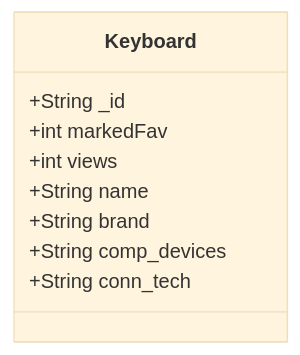
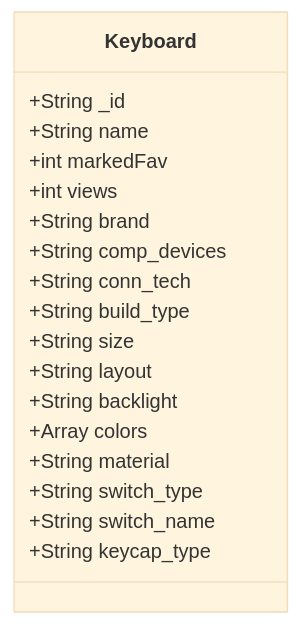
One commit to Vlastrix/keytastic_backend changed the diagram in docs/keyboard.md. Above: the diagram before and after it, drawn with Mermaid (base theme). The commit also changed other lines of this file and 1 other file, not shown here.

````diff
--- a/docs/keyboard.md
+++ b/docs/keyboard.md
@@ -1,12 +1,21 @@
 ```mermaid
 classDiagram
     class Keyboard {
         +String _id  
+        +String name
         +int markedFav
         +int views
-        +String name
         +String brand
         +String comp_devices
         +String conn_tech 
+        +String build_type
+        +String size
+        +String layout
+        +String backlight
+        +Array colors
+        +String material
+        +String switch_type
+        +String switch_name
+        +String keycap_type
     }
 ```
````
